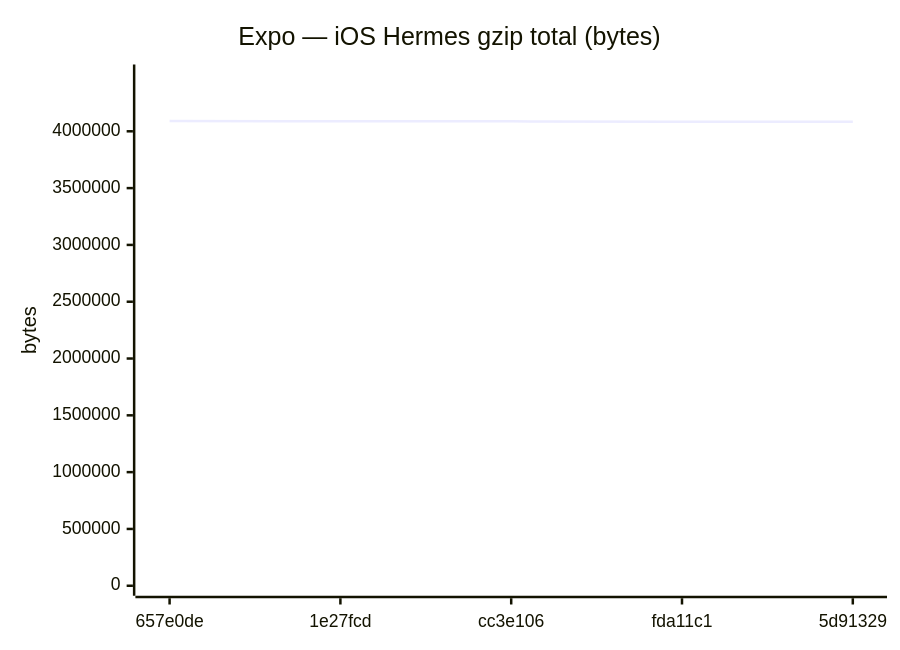
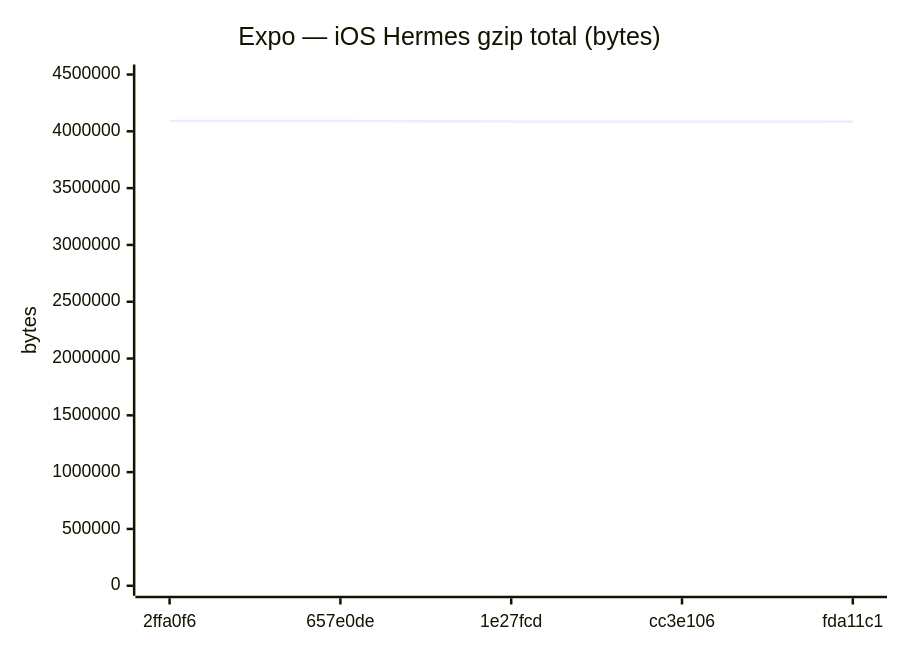
One commit to Metaheurist/Rianell changed diagram 12 of 18 in benchmarks/compare.md. Above: the diagram before and after it, drawn with Mermaid. The commit also changed other lines of this file and 11 other files, not shown here.

````diff
--- a/benchmarks/compare.md
+++ b/benchmarks/compare.md
@@ -179,7 +179,7 @@
 ```mermaid
 xychart-beta
     title "Expo — iOS Hermes gzip total (bytes)"
-    x-axis ["657e0de", "1e27fcd", "cc3e106", "fda11c1", "5d91329"]
-    y-axis "bytes" 0 --> 4499973
-    line [4090884, 4087417, 4087412, 4084812, 4084805]
+    x-axis ["2ffa0f6", "657e0de", "1e27fcd", "cc3e106", "fda11c1"]
+    y-axis "bytes" 0 --> 4500157
+    line [4091051, 4090884, 4087417, 4087412, 4084812]
 ```
````
